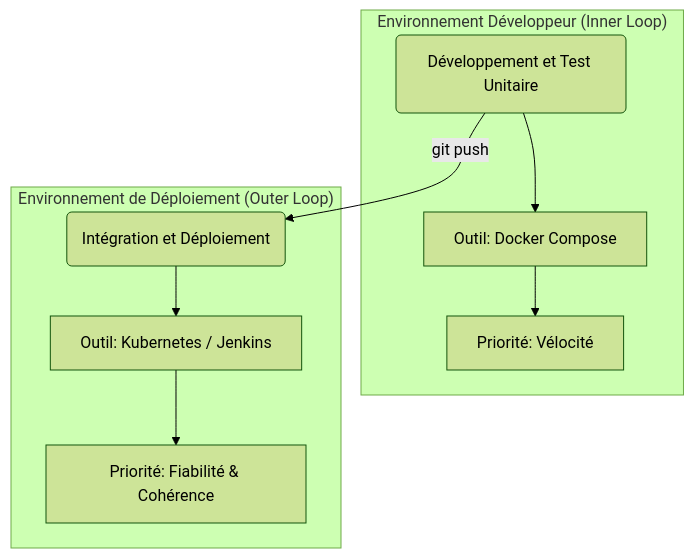
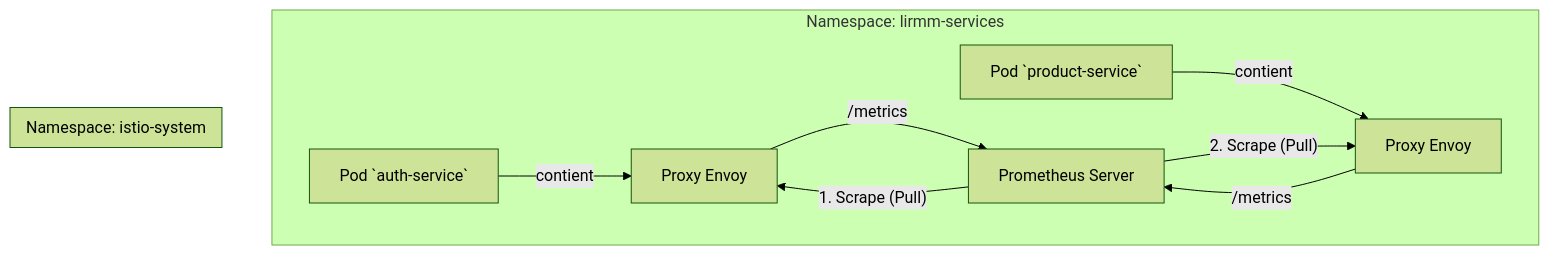
The first of 3 diagrams in sprint3.md (HarcheSamir/esisba-lirmm-ecommerce), drawn with Mermaid (forest theme) before and after one commit. The commit also changed other lines of this file, not shown here.

````diff
--- a/sprint3.md
+++ b/sprint3.md
@@ -101,18 +125,21 @@
 ```mermaid
 graph TD
-    subgraph "Environnement Développeur (Inner Loop)"
-        InnerLoop(Développement et Test Unitaire)
-        Tool1[Outil: Docker Compose]
-        Prio1[Priorité: Vélocité]
-        InnerLoop --> Tool1 --> Prio1
+    subgraph "Namespace: lirmm-services"
+        PodA[Pod `auth-service`]
+        ProxyA[Proxy Envoy]
+        PodA -- contient --> ProxyA
+        ProxyA -- "/metrics" --> Prometheus
+
+        PodB[Pod `product-service`]
+        ProxyB[Proxy Envoy]
+        PodB -- contient --> ProxyB
+        ProxyB -- "/metrics" --> Prometheus
     end
 
-    subgraph "Environnement de Déploiement (Outer Loop)"
-        OuterLoop(Intégration et Déploiement)
-        Tool2[Outil: Kubernetes / Jenkins]
-        Prio2[Priorité: Fiabilité & Cohérence]
-        OuterLoop --> Tool2 --> Prio2
+    subgraph "Namespace: istio-system"
+        Prometheus[Prometheus Server]
     end
 
-    InnerLoop -- "git push" --> OuterLoop
+    Prometheus -- "1. Scrape (Pull)" --> ProxyA
+    Prometheus -- "2. Scrape (Pull)" --> ProxyB
 ```
````
